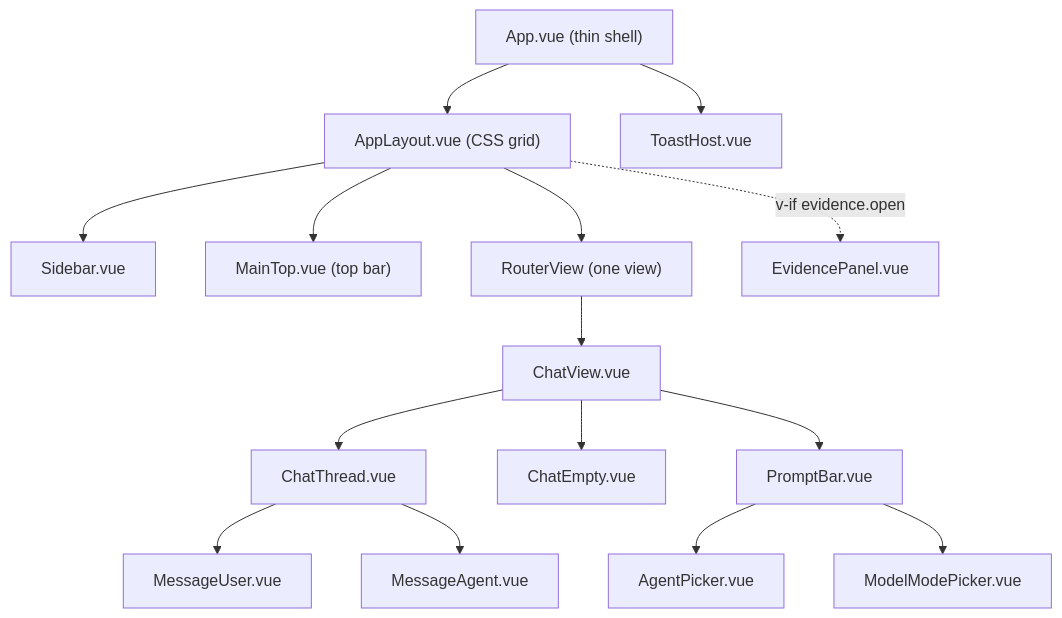
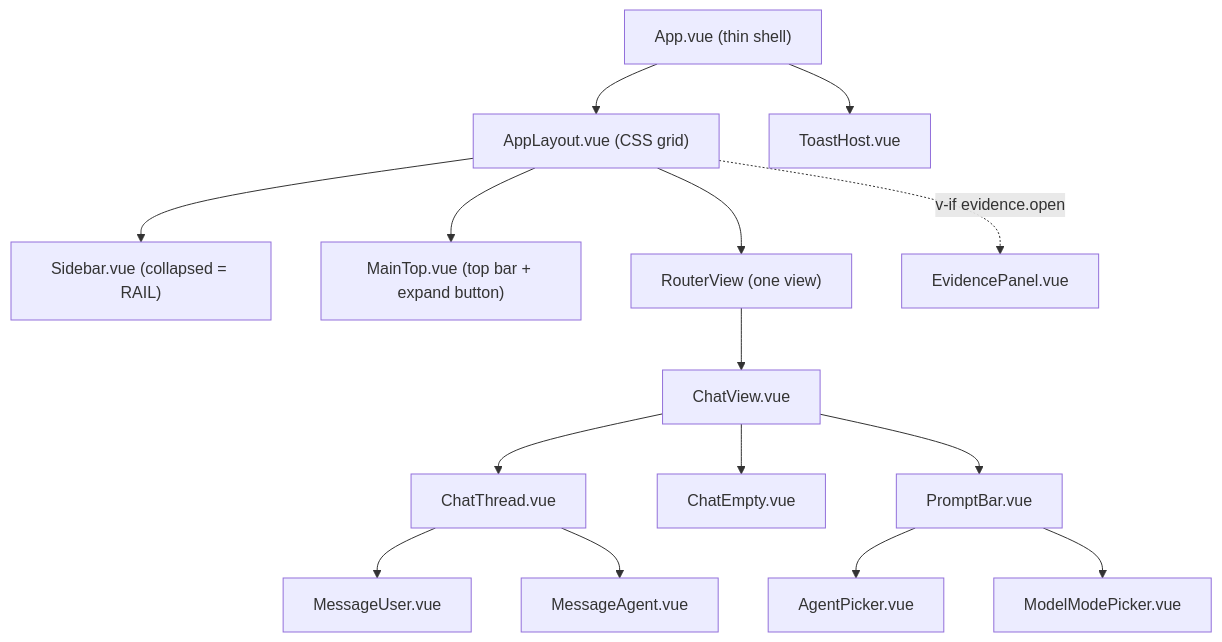
Before and after one commit to SAIDCHAOUI/owismind-system: the first of 3 diagrams in project-documentation/03-frontend/03-components-and-views.md, drawn with Mermaid. The commit also changed other lines of this file and 66 other files, not shown here.

````diff
--- a/project-documentation/03-frontend/03-components-and-views.md
+++ b/project-documentation/03-frontend/03-components-and-views.md
@@ -23,17 +23,17 @@
 ```mermaid
 graph TD
   App["App.vue (thin shell)"] --> Layout["AppLayout.vue (CSS grid)"]
   App --> Toast["ToastHost.vue"]
-  Layout --> Sidebar["Sidebar.vue"]
-  Layout --> MainTop["MainTop.vue (top bar)"]
+  Layout --> Sidebar["Sidebar.vue (collapsed = RAIL)"]
+  Layout --> MainTop["MainTop.vue (top bar + expand button)"]
   Layout --> RV["RouterView (one view)"]
   Layout -. "v-if evidence.open" .-> EvPanel["EvidencePanel.vue"]
   RV --> ChatView["ChatView.vue"]
   ChatView --> Thread["ChatThread.vue"]
   ChatView --> Empty["ChatEmpty.vue"]
   ChatView --> Prompt["PromptBar.vue"]
   Thread --> MUser["MessageUser.vue"]
   Thread --> MAgent["MessageAgent.vue"]
   Prompt --> APick["AgentPicker.vue"]
   Prompt --> MPick["ModelModePicker.vue"]
 ```
````
